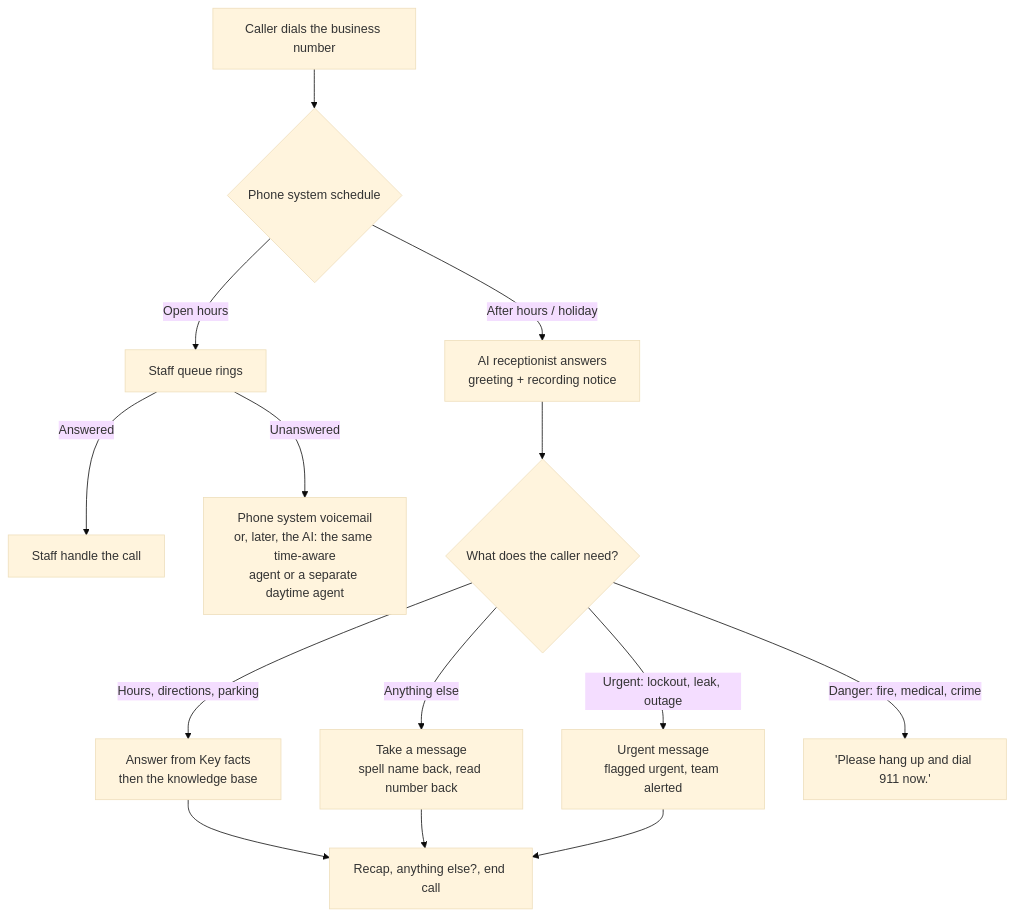
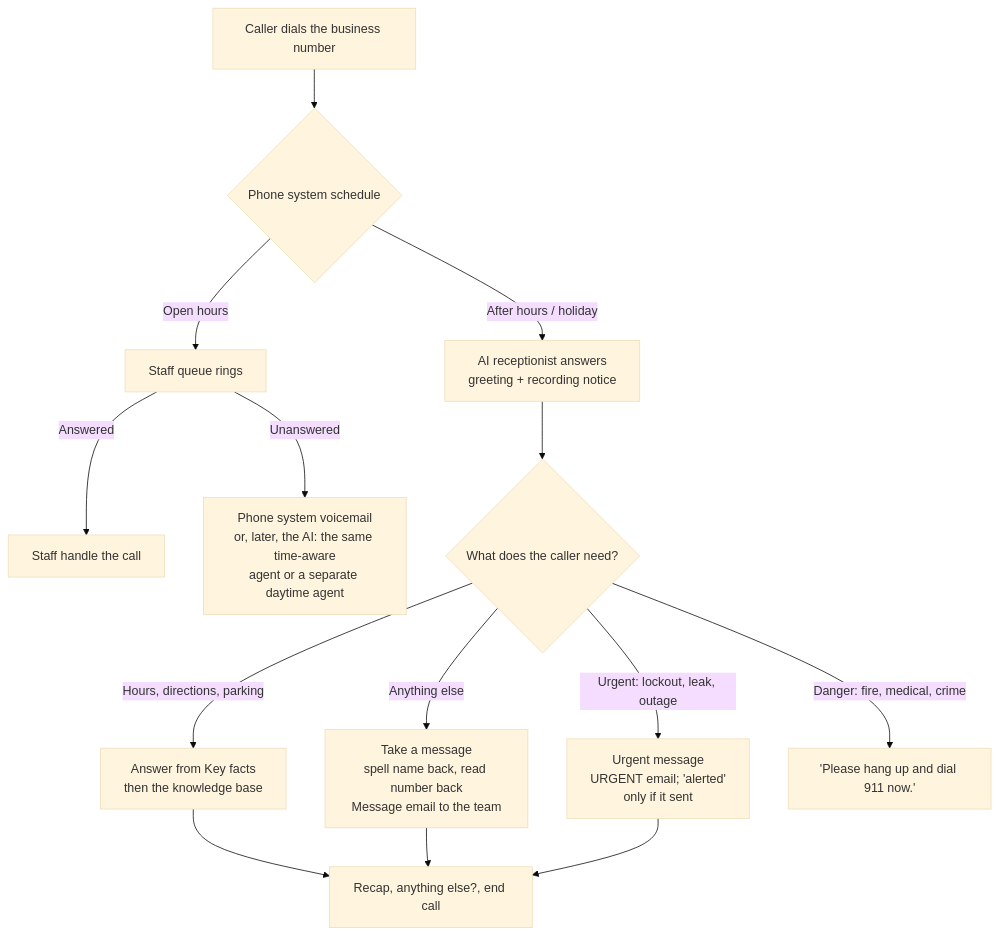
Before and after one commit to peterchee-os/answering-machina: the first of 2 diagrams in README.md, drawn with Mermaid (base theme). The commit also changed other lines of this file and 18 other files, not shown here.

````diff
--- a/README.md
+++ b/README.md
@@ -114,16 +130,16 @@
 ```mermaid
 flowchart TD
     A[Caller dials the business number] --> B{Phone system schedule}
     B -- "Open hours" --> C[Staff queue rings]
     C -- "Answered" --> D[Staff handle the call]
     C -- "Unanswered" --> V["Phone system voicemail<br/>or, later, the AI: the same time-aware<br/>agent or a separate daytime agent"]
     B -- "After hours / holiday" --> E["AI receptionist answers<br/>greeting + recording notice"]
     E --> F{What does the caller need?}
     F -- "Hours, directions, parking" --> G["Answer from Key facts<br/>then the knowledge base"]
-    F -- "Anything else" --> H["Take a message<br/>spell name back, read number back"]
-    F -- "Urgent: lockout, leak, outage" --> I["Urgent message<br/>flagged urgent, team alerted"]
+    F -- "Anything else" --> H["Take a message<br/>spell name back, read number back<br/>Message email to the team"]
+    F -- "Urgent: lockout, leak, outage" --> I["Urgent message<br/>URGENT email; 'alerted'<br/>only if it sent"]
     F -- "Danger: fire, medical, crime" --> J["'Please hang up and dial 911 now.'"]
     G --> K["Recap, anything else?, end call"]
     H --> K
     I --> K
 ```
````
